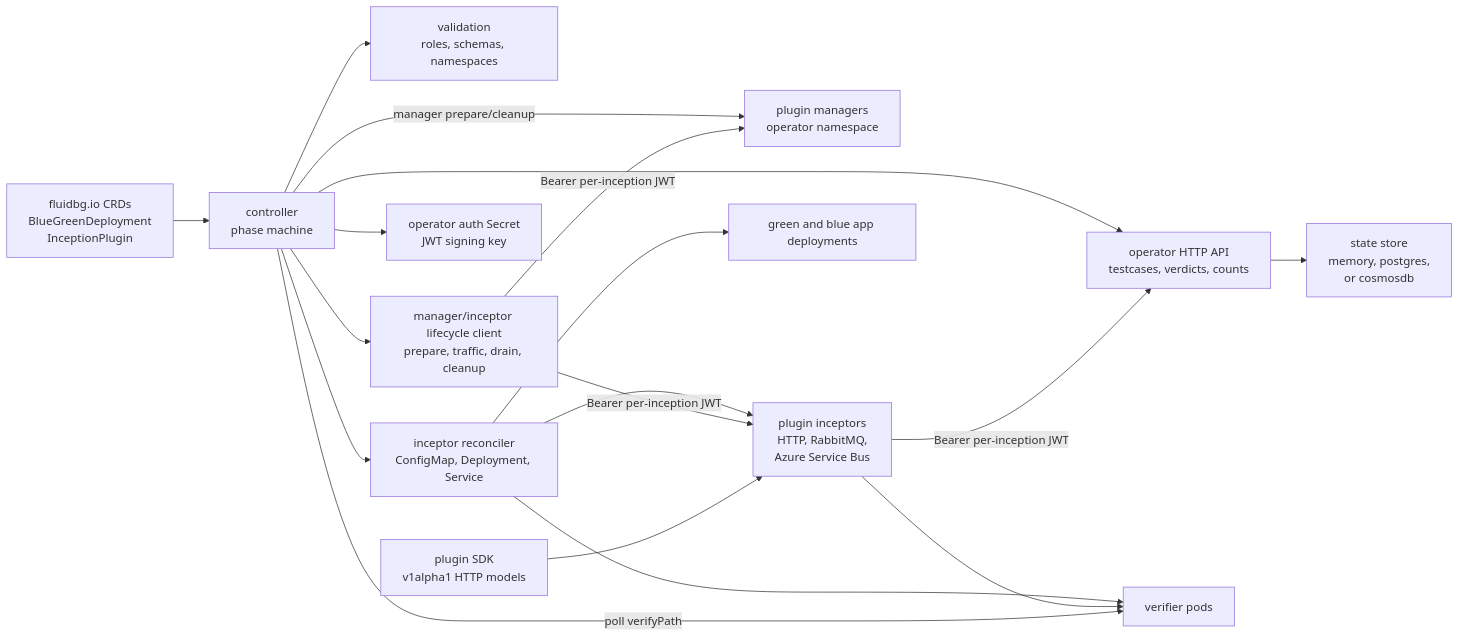
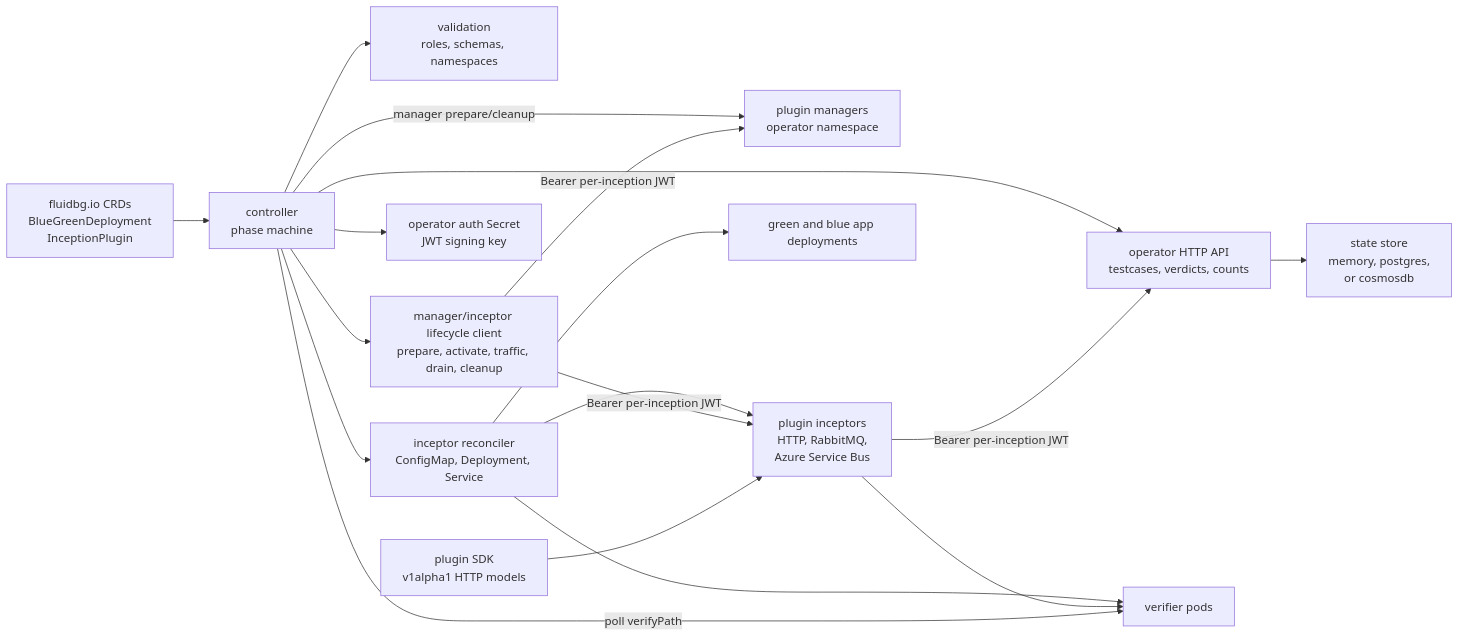
The first of 4 diagrams in docs/reference/architecture.md (dlahmad/fluidbgoperator), drawn with Mermaid before and after one commit. The commit also changed other lines of this file and 70 other files, not shown here.

````diff
--- a/docs/reference/architecture.md
+++ b/docs/reference/architecture.md
@@ -24,34 +24,34 @@
 ```mermaid
 flowchart LR
     CRD["fluidbg.io CRDs<br/>BlueGreenDeployment<br/>InceptionPlugin"]
     CTRL["controller<br/>phase machine"]
     VAL["validation<br/>roles, schemas, namespaces"]
     PLUGREC["inceptor reconciler<br/>ConfigMap, Deployment, Service"]
-    LIFE["manager/inceptor lifecycle client<br/>prepare, traffic, drain, cleanup"]
+    LIFE["manager/inceptor lifecycle client<br/>prepare, activate, traffic, drain, cleanup"]
     AUTH["operator auth Secret<br/>JWT signing key"]
     API["operator HTTP API<br/>testcases, verdicts, counts"]
     STORE["state store<br/>memory, postgres,<br/>or cosmosdb"]
     SDK["plugin SDK<br/>v1alpha1 HTTP models"]
     MGR["plugin managers<br/>operator namespace"]
     PLUG["plugin inceptors<br/>HTTP, RabbitMQ,<br/>Azure Service Bus"]
     TEST["verifier pods"]
     APP["green and blue app deployments"]
 
     CRD --> CTRL
     CTRL --> VAL
     CTRL --> PLUGREC
     CTRL --> LIFE
     CTRL --> AUTH
     CTRL --> API
     API --> STORE
     CTRL -->|"manager prepare/cleanup"| MGR
     PLUGREC --> PLUG
     PLUGREC --> APP
     PLUGREC --> TEST
     LIFE -->|"Bearer per-inception JWT"| MGR
     LIFE -->|"Bearer per-inception JWT"| PLUG
     SDK --> PLUG
     PLUG -->|"Bearer per-inception JWT"| API
     PLUG --> TEST
     CTRL -->|"poll verifyPath"| TEST
 ```
````
